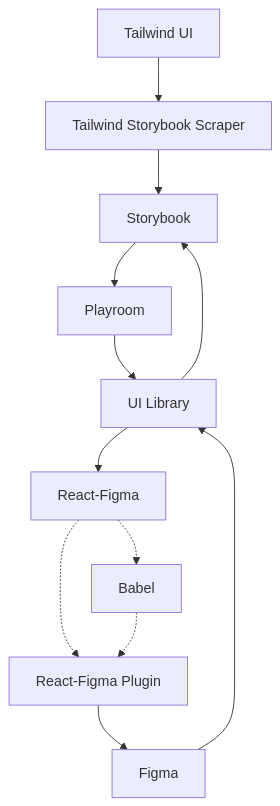
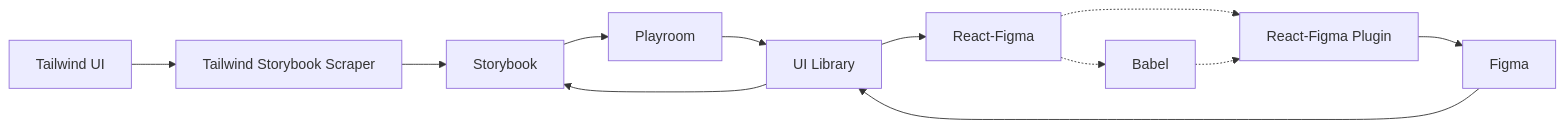
Before and after one commit to RokoTechnology/cli-ftr: the third of 3 diagrams in README.md, drawn with Mermaid. The commit also changed other lines of this file, not shown here.

````diff
--- a/README.md
+++ b/README.md
@@ -7,14 +47,14 @@
 ```mermaid
-graph TD
+graph LR
 	Tail["Tailwind UI"] --> TailScrape["Tailwind Storybook Scraper"]
 	TailScrape --> Storybook
 	UI["UI Library"] --> Storybook
 	Storybook --> Playroom
 	Playroom --> UI
-	UI --> ReactFigma["React-Figma"]
+  UI --> ReactFigma["React-Figma"]
 	ReactFigma -.-> ReactFigmaPlugin["React-Figma Plugin"] 
   ReactFigma -.-> Babel
   Babel -.->ReactFigmaPlugin
 	ReactFigmaPlugin --> Figma
 	Figma --> UI
 ```
````
